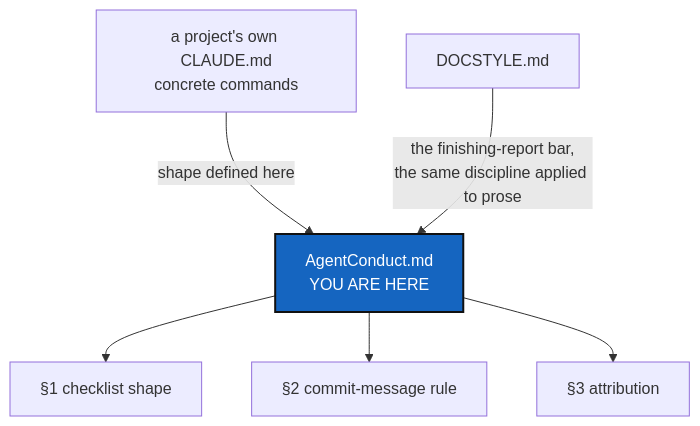
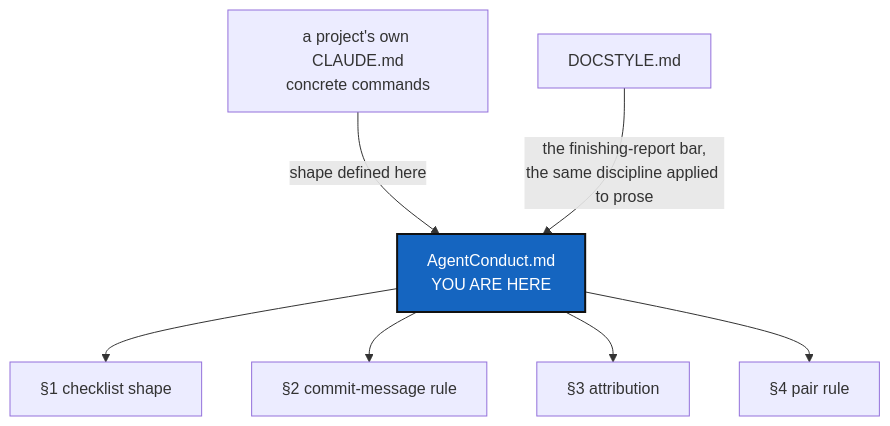
Before and after one commit to flipoyo/DevSpec: the diagram in AgentConduct.md, drawn with Mermaid. The commit also changed other lines of this file and 5 other files, not shown here.

````diff
--- a/AgentConduct.md
+++ b/AgentConduct.md
@@ -37,11 +39,12 @@
 ```mermaid
 graph TD
     CLAUDE["a project's own CLAUDE.md<br/>concrete commands"] -->|"shape defined here"| AC["AgentConduct.md<br/>YOU ARE HERE"]
     AC --> CL["§1 checklist shape"]
     AC --> CM["§2 commit-message rule"]
     AC --> AT["§3 attribution"]
+    AC --> PR["§4 pair rule"]
     STYLE["DOCSTYLE.md"] -->|"the finishing-report bar,<br/>the same discipline applied to prose"| AC
 
     classDef here fill:#1565C0,color:#fff,stroke:#111,stroke-width:2px;
     class AC here;
 ```
````
